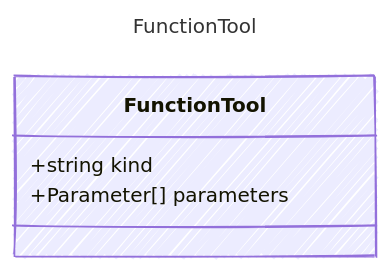
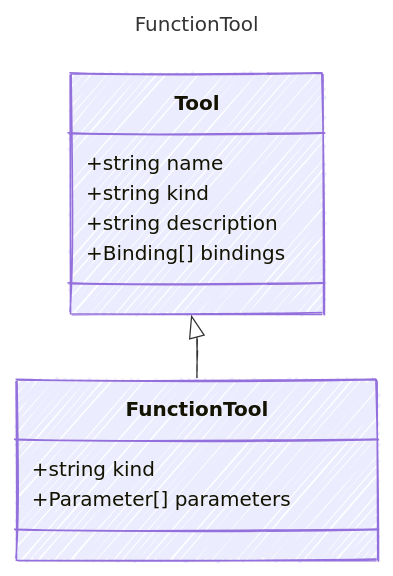
The diagram in specification/prompty/docs/FunctionTool.md (microsoft/prompty), drawn with Mermaid before and after one commit. The commit also changed 24 other files, not shown here.

````diff
--- a/specification/prompty/docs/FunctionTool.md
+++ b/specification/prompty/docs/FunctionTool.md
@@ -7,16 +7,23 @@
 ```mermaid
 ---
 title: FunctionTool
 config:
   look: handDrawn
   theme: colorful
   class:
     hideEmptyMembersBox: true
 ---
 classDiagram
+    class Tool {
+        +string name
+        +string kind
+        +string description
+        +Binding[] bindings
+    }
+    Tool <|-- FunctionTool
     class FunctionTool {
       
         +string kind
         +Parameter[] parameters
     }
 ```
````
